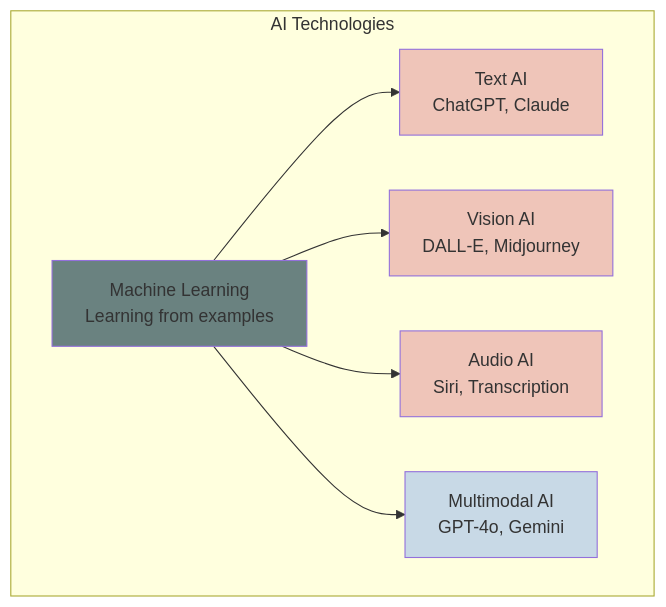
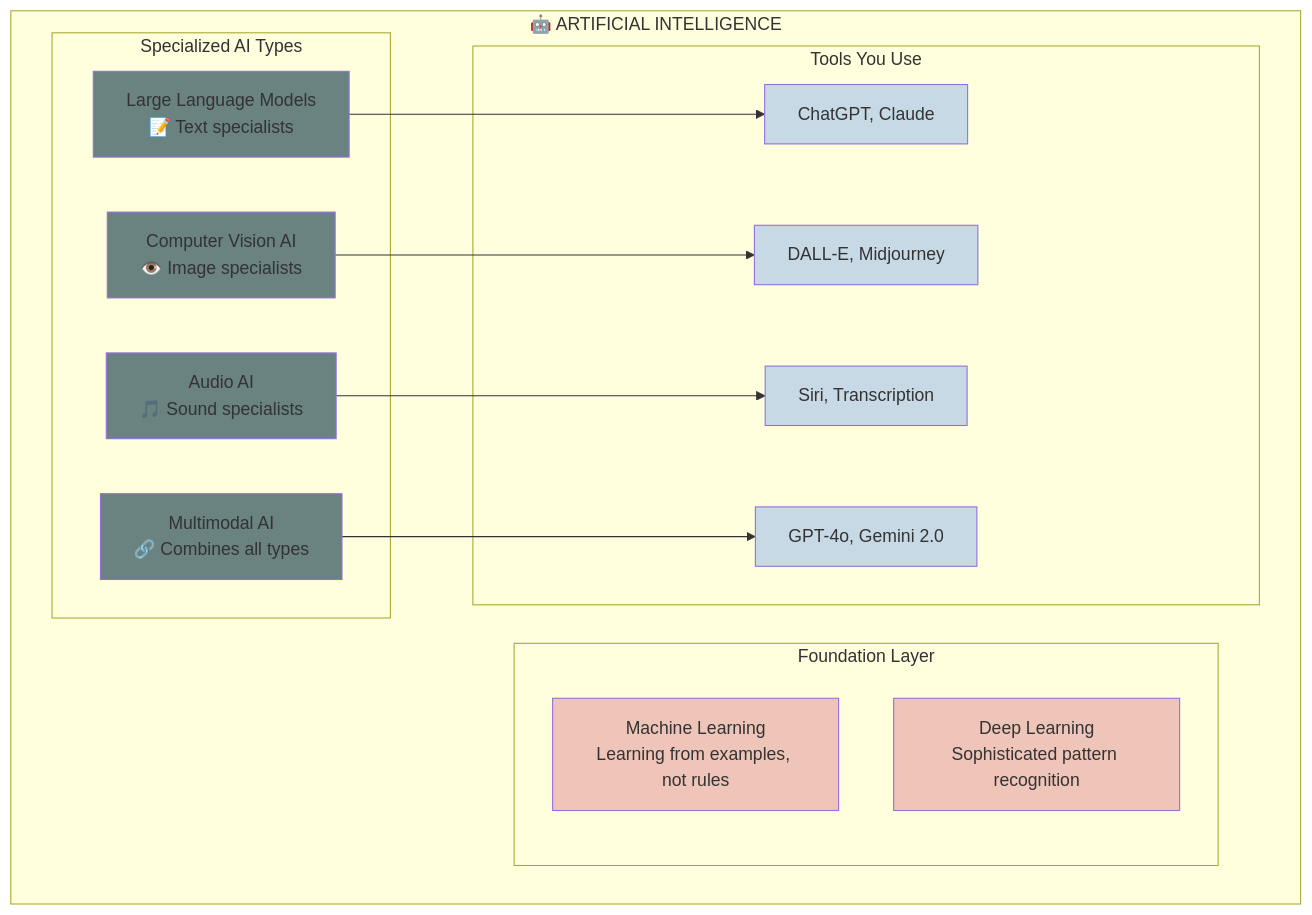
The second of 3 diagrams in ai-basics.md (ninabrenes/ai-for-normal-people), drawn with Mermaid before and after one commit. The commit also changed other lines of this file, not shown here.

````diff
--- a/ai-basics.md
+++ b/ai-basics.md
@@ -92,15 +96,34 @@
 ```mermaid
 graph TD
-    subgraph AI[AI Technologies]
-        ML[Machine Learning<br/>Learning from examples] --> Text[Text AI<br/>ChatGPT, Claude]
-        ML --> Vision[Vision AI<br/>DALL-E, Midjourney]
-        ML --> Audio[Audio AI<br/>Siri, Transcription]
-        ML --> Multi[Multimodal AI<br/>GPT-4o, Gemini]
+    subgraph AI[🤖 ARTIFICIAL INTELLIGENCE]
+        subgraph Foundation[Foundation Layer]
+            ML[Machine Learning<br/>Learning from examples, not rules]
+            DL[Deep Learning<br/>Sophisticated pattern recognition]
+        end
+        
+        subgraph Specialized[Specialized AI Types]
+            LLM[Large Language Models<br/>📝 Text specialists]
+            CV[Computer Vision AI<br/>👁️ Image specialists] 
+            Audio[Audio AI<br/>🎵 Sound specialists]
+            Multi[Multimodal AI<br/>🔗 Combines all types]
+        end
+        
+        subgraph Tools[Tools You Use]
+            LLM --> ChatGPT[ChatGPT, Claude]
+            CV --> Images[DALL-E, Midjourney]
+            Audio --> Voice[Siri, Transcription]
+            Multi --> Advanced[GPT-4o, Gemini 2.0]
+        end
     end
     
-    style ML fill:#6a8280
-    style Text fill:#efc5b9
-    style Vision fill:#efc5b9
-    style Audio fill:#efc5b9
-    style Multi fill:#c8d9e6
+    style ML fill:#efc5b9
+    style DL fill:#efc5b9
+    style LLM fill:#6a8280
+    style CV fill:#6a8280
+    style Audio fill:#6a8280
+    style Multi fill:#6a8280
+    style ChatGPT fill:#c8d9e6
+    style Images fill:#c8d9e6
+    style Voice fill:#c8d9e6
+    style Advanced fill:#c8d9e6
 ```
````
